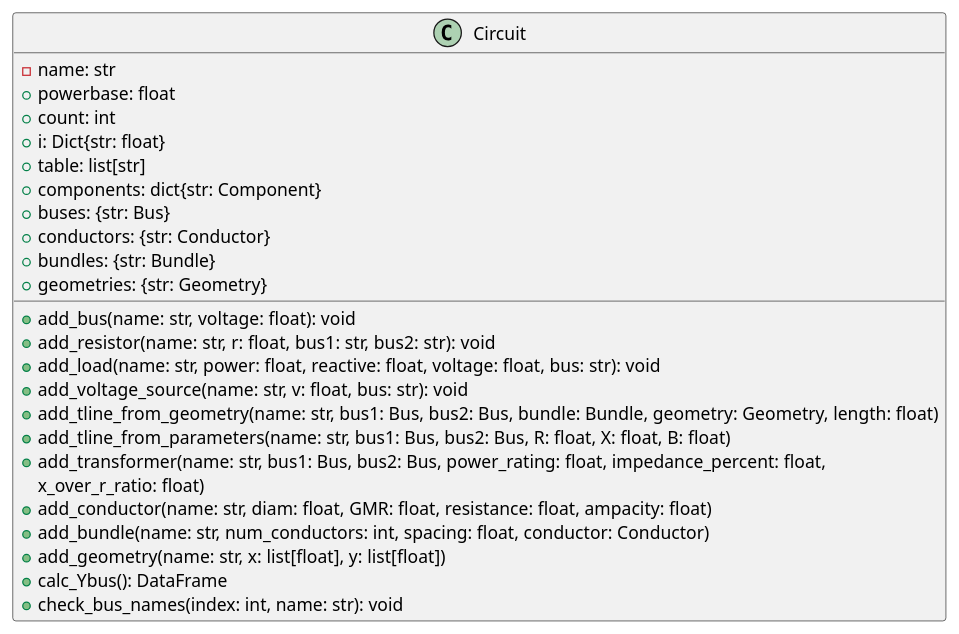
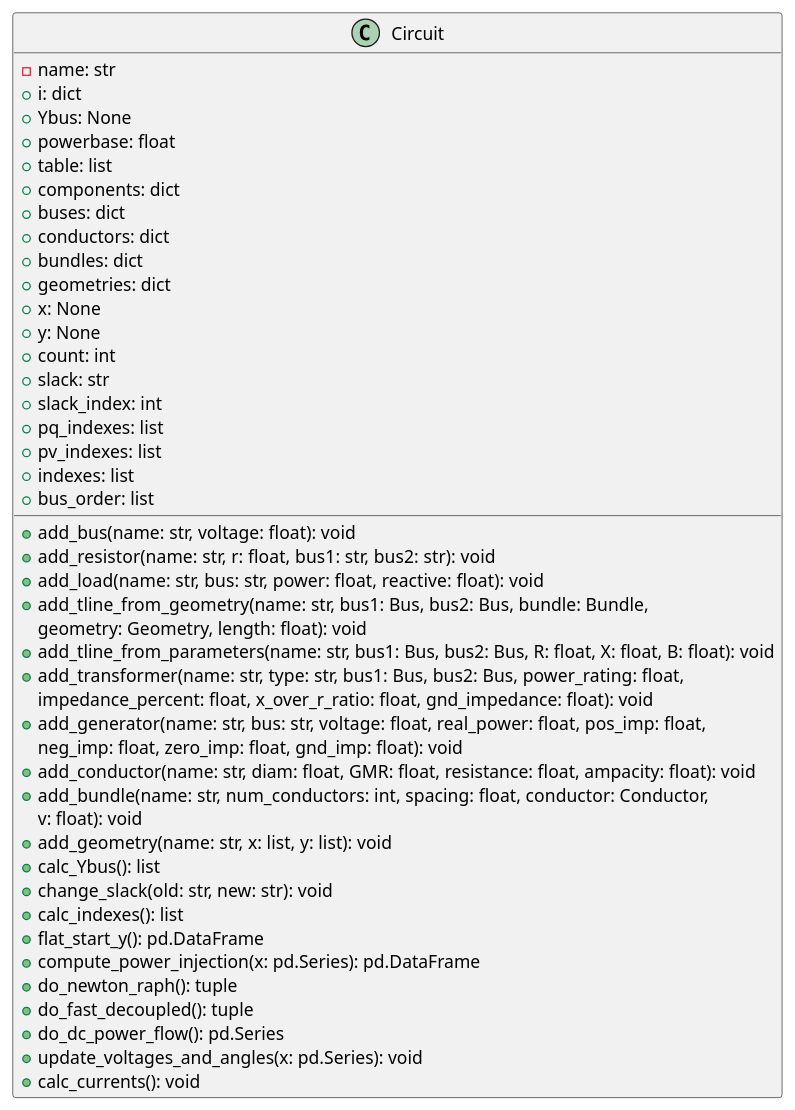
The fifth of 18 diagrams in project2.plantuml (JLipnerPitt/ECE2774-ADV-POWER-SYSTEMS-ANALYSIS), drawn with PlantUML before and after one commit. The commit also changed other lines of this file and 4 other files, not shown here.

```diff
--- a/project2.plantuml
+++ b/project2.plantuml
@@ -68,28 +68,49 @@
 @startuml Circuit
 class Circuit {
-    -name: str
-    +powerbase: float
-    +count: int
-    +i: Dict{str: float}
-    +table: list[str]
-    +components: dict{str: Component}
-    +buses: {str: Bus}
-    +conductors: {str: Conductor}
-    +bundles: {str: Bundle}
-    +geometries: {str: Geometry}
+    - name: str
+    + i: dict
+    + Ybus: None
+    + powerbase: float
+    + table: list
+    + components: dict
+    + buses: dict
+    + conductors: dict
+    + bundles: dict
+    + geometries: dict
+    + x: None
+    + y: None
+    + count: int
+    + slack: str
+    + slack_index: int
+    + pq_indexes: list
+    + pv_indexes: list
+    + indexes: list
+    + bus_order: list
 
-    +add_bus(name: str, voltage: float): void
-    +add_resistor(name: str, r: float, bus1: str, bus2: str): void
-    +add_load(name: str, power: float, reactive: float, voltage: float, bus: str): void
-    +add_voltage_source(name: str, v: float, bus: str): void
-    +add_tline_from_geometry(name: str, bus1: Bus, bus2: Bus, bundle: Bundle, geometry: Geometry, length: float)
-    +add_tline_from_parameters(name: str, bus1: Bus, bus2: Bus, R: float, X: float, B: float)
-    +add_transformer(name: str, bus1: Bus, bus2: Bus, power_rating: float, impedance_percent: float, 
-                    x_over_r_ratio: float)
-    +add_conductor(name: str, diam: float, GMR: float, resistance: float, ampacity: float)
-    +add_bundle(name: str, num_conductors: int, spacing: float, conductor: Conductor)
-    +add_geometry(name: str, x: list[float], y: list[float])
-    +calc_Ybus(): DataFrame
-    +check_bus_names(index: int, name: str): void
+    + add_bus(name: str, voltage: float): void
+    + add_resistor(name: str, r: float, bus1: str, bus2: str): void
+    + add_load(name: str, bus: str, power: float, reactive: float): void
+    + add_tline_from_geometry(name: str, bus1: Bus, bus2: Bus, bundle: Bundle,
+    geometry: Geometry, length: float): void
+    + add_tline_from_parameters(name: str, bus1: Bus, bus2: Bus, R: float, X: float, B: float): void
+    + add_transformer(name: str, type: str, bus1: Bus, bus2: Bus, power_rating: float,
+    impedance_percent: float, x_over_r_ratio: float, gnd_impedance: float): void
+    + add_generator(name: str, bus: str, voltage: float, real_power: float, pos_imp: float,
+    neg_imp: float, zero_imp: float, gnd_imp: float): void
+    + add_conductor(name: str, diam: float, GMR: float, resistance: float, ampacity: float): void
+    + add_bundle(name: str, num_conductors: int, spacing: float, conductor: Conductor,
+    v: float): void
+    + add_geometry(name: str, x: list, y: list): void
+    + calc_Ybus(): list
+    + change_slack(old: str, new: str): void
+    + calc_indexes(): list
+    + flat_start_y(): pd.DataFrame
+    + compute_power_injection(x: pd.Series): pd.DataFrame
+    + do_newton_raph(): tuple
+    + do_fast_decoupled(): tuple
+    + do_dc_power_flow(): pd.Series
+    + update_voltages_and_angles(x: pd.Series): void
+    + calc_currents(): void
 }
+
 @enduml
```
